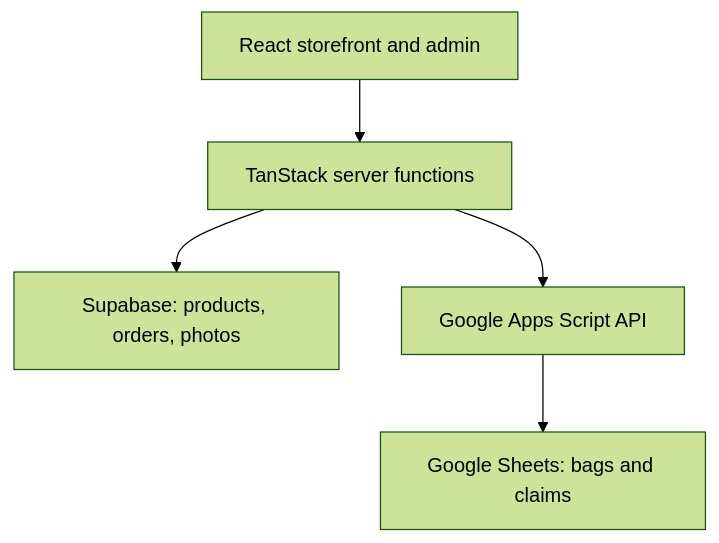
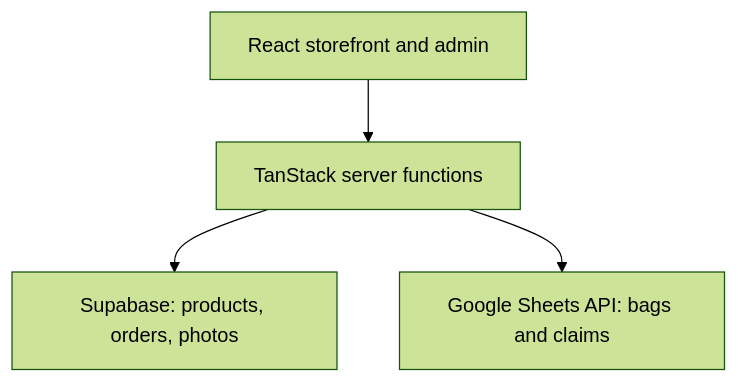
The diagram in README.md (kemptonanne/kimkatcollection), drawn with Mermaid (forest theme) before and after one commit. The commit also changed other lines of this file and 5 other files, not shown here.

Commit message:
Remove legacy Apps Script bag API integration

````diff
--- a/README.md
+++ b/README.md
@@ -32,7 +32,6 @@
 ```mermaid
 flowchart TD
     UI["React storefront and admin"] --> SF["TanStack server functions"]
     SF --> DB["Supabase: products, orders, photos"]
-    SF --> API["Google Apps Script API"]
-    API --> GS["Google Sheets: bags and claims"]
+    SF --> GS["Google Sheets API: bags and claims"]
 ```
````
